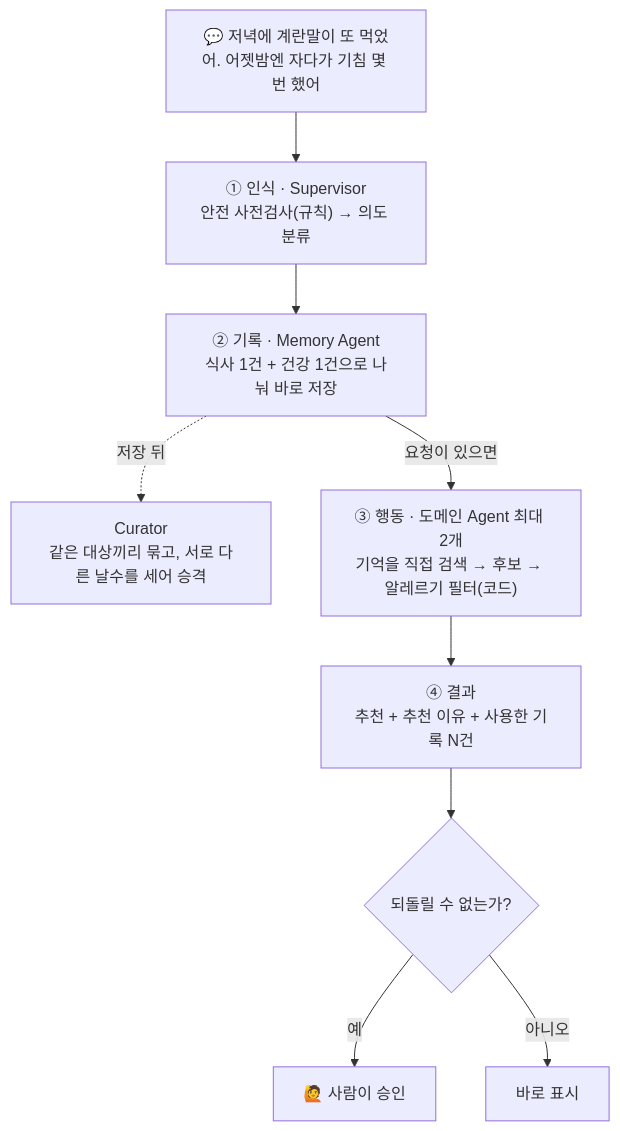
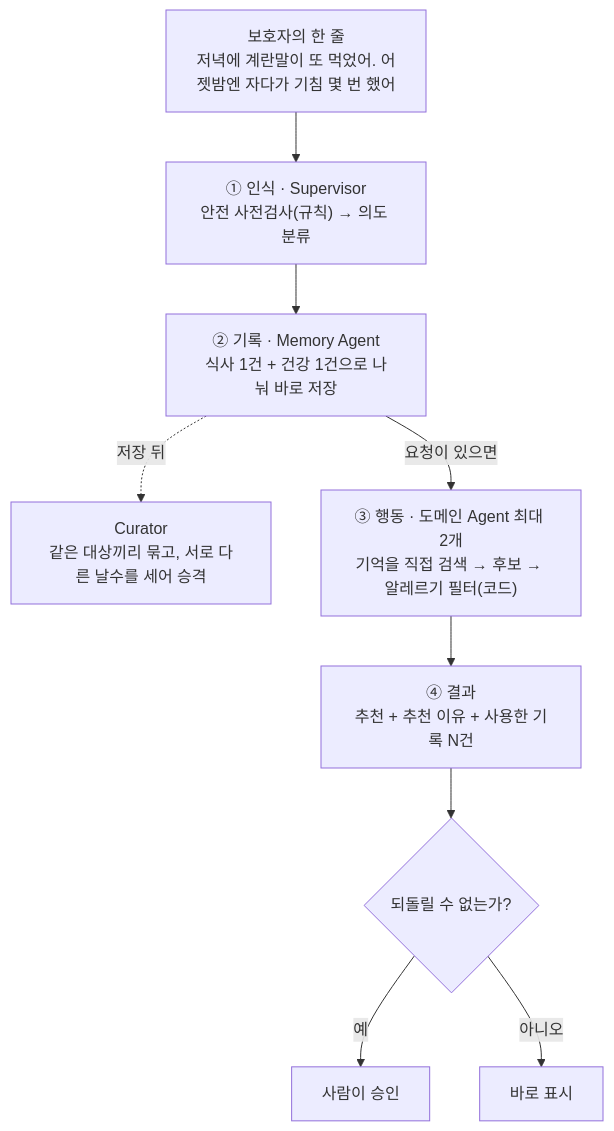
Before and after one commit to kakaotechcampus-4/ktc4-pusan-3: the second of 3 diagrams in README.md, drawn with Mermaid. The commit also changed other lines of this file and 10 other files, not shown here.

````diff
--- a/README.md
+++ b/README.md
@@ -164,12 +116,12 @@
 ```mermaid
 flowchart TD
-    IN["💬 저녁에 계란말이 또 먹었어. 어젯밤엔 자다가 기침 몇 번 했어"]
+    IN["보호자의 한 줄<br/>저녁에 계란말이 또 먹었어. 어젯밤엔 자다가 기침 몇 번 했어"]
     IN --> SUP["① 인식 · Supervisor<br/>안전 사전검사(규칙) → 의도 분류"]
     SUP --> MEM["② 기록 · Memory Agent<br/>식사 1건 + 건강 1건으로 나눠 바로 저장"]
     MEM -. "저장 뒤" .-> CUR["Curator<br/>같은 대상끼리 묶고, 서로 다른 날수를 세어 승격"]
     MEM -- "요청이 있으면" --> DOM["③ 행동 · 도메인 Agent 최대 2개<br/>기억을 직접 검색 → 후보 → 알레르기 필터(코드)"]
     DOM --> OUT["④ 결과<br/>추천 + 추천 이유 + 사용한 기록 N건"]
     OUT --> GATE{"되돌릴 수 없는가?"}
-    GATE -- "예" --> HUMAN["🙋 사람이 승인"]
+    GATE -- "예" --> HUMAN["사람이 승인"]
     GATE -- "아니오" --> SHOW["바로 표시"]
 ```
````
